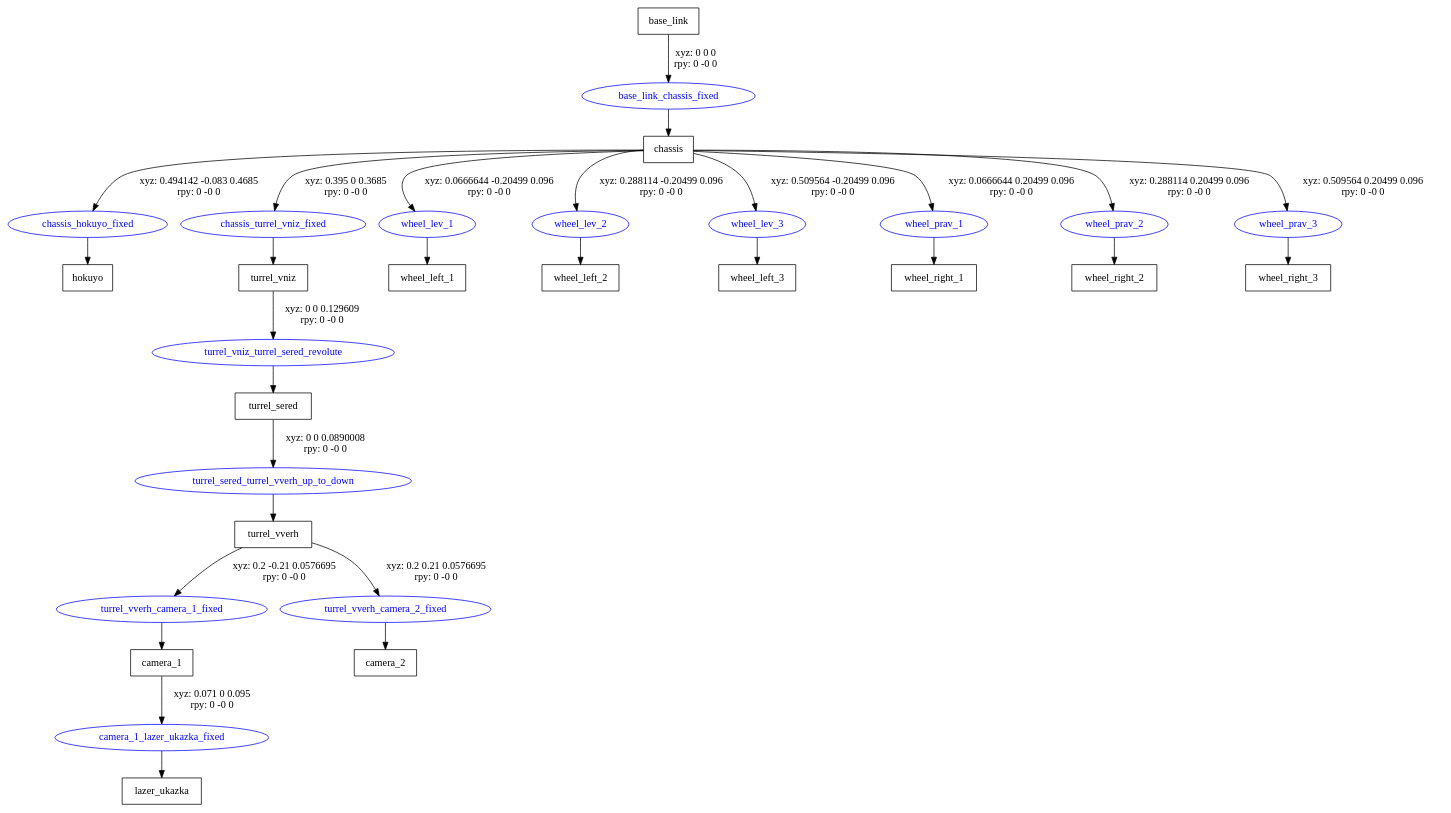
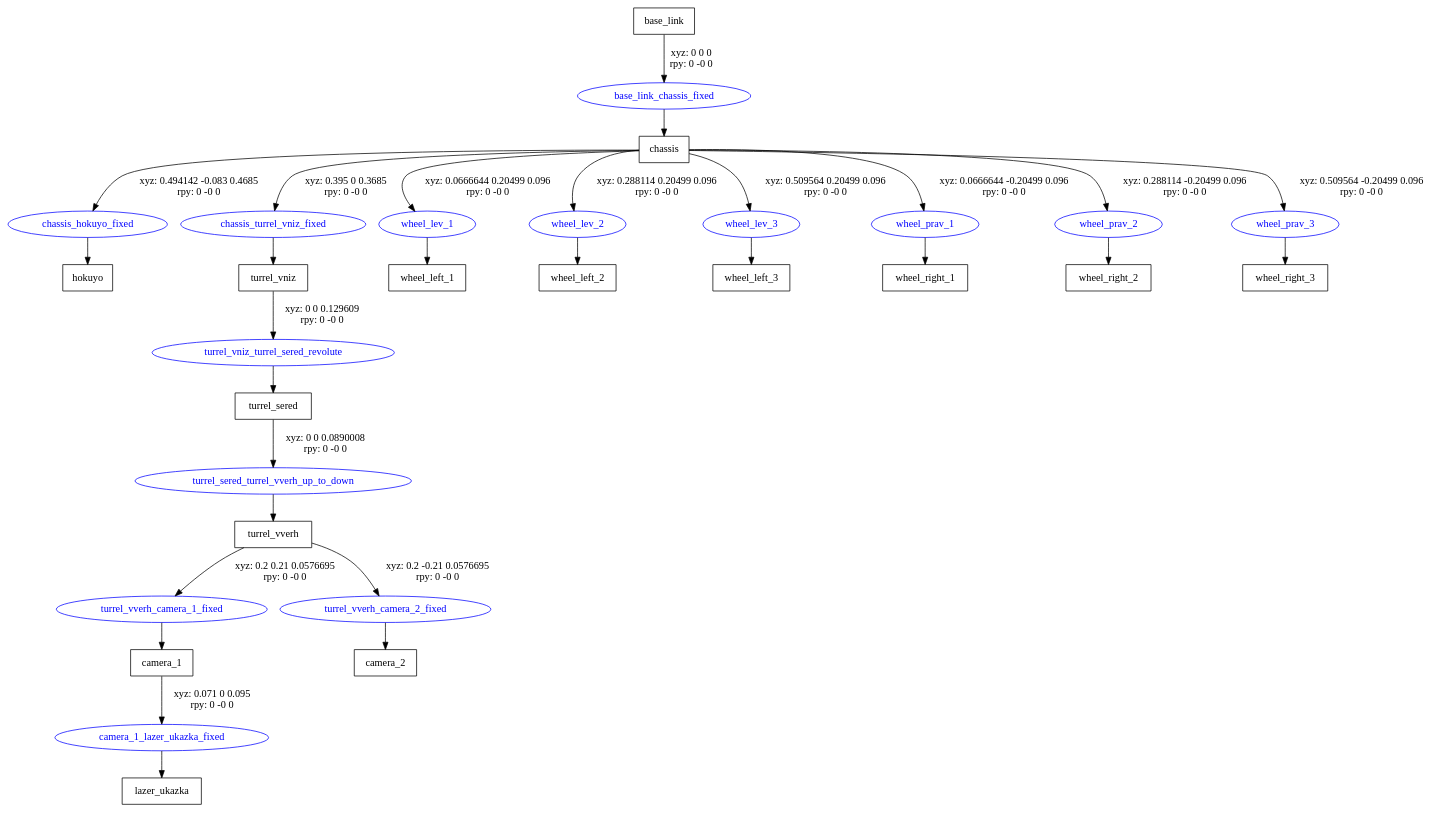
The diagram in plastun_description/urdf/MRC_Plastun.gv (Lupasic/Plastun-Gazebo-ROS-URL), drawn with Graphviz before and after one commit. The commit also changed 85 other files, not shown here.

```diff
--- a/plastun_description/urdf/MRC_Plastun.gv
+++ b/plastun_description/urdf/MRC_Plastun.gv
@@ -1,47 +1,47 @@
 digraph G {
 node [shape=box];
 "base_link" [label="base_link"];
 "chassis" [label="chassis"];
 "hokuyo" [label="hokuyo"];
 "turrel_vniz" [label="turrel_vniz"];
 "turrel_sered" [label="turrel_sered"];
 "turrel_vverh" [label="turrel_vverh"];
 "camera_1" [label="camera_1"];
 "lazer_ukazka" [label="lazer_ukazka"];
 "camera_2" [label="camera_2"];
 "wheel_left_1" [label="wheel_left_1"];
 "wheel_left_2" [label="wheel_left_2"];
 "wheel_left_3" [label="wheel_left_3"];
 "wheel_right_1" [label="wheel_right_1"];
 "wheel_right_2" [label="wheel_right_2"];
 "wheel_right_3" [label="wheel_right_3"];
 node [shape=ellipse, color=blue, fontcolor=blue];
 "base_link" -> "base_link_chassis_fixed" [label="xyz: 0 0 0 \nrpy: 0 -0 0"]
 "base_link_chassis_fixed" -> "chassis"
 "chassis" -> "chassis_hokuyo_fixed" [label="xyz: 0.494142 -0.083 0.4685 \nrpy: 0 -0 0"]
 "chassis_hokuyo_fixed" -> "hokuyo"
 "chassis" -> "chassis_turrel_vniz_fixed" [label="xyz: 0.395 0 0.3685 \nrpy: 0 -0 0"]
 "chassis_turrel_vniz_fixed" -> "turrel_vniz"
 "turrel_vniz" -> "turrel_vniz_turrel_sered_revolute" [label="xyz: 0 0 0.129609 \nrpy: 0 -0 0"]
 "turrel_vniz_turrel_sered_revolute" -> "turrel_sered"
 "turrel_sered" -> "turrel_sered_turrel_vverh_up_to_down" [label="xyz: 0 0 0.0890008 \nrpy: 0 -0 0"]
 "turrel_sered_turrel_vverh_up_to_down" -> "turrel_vverh"
-"turrel_vverh" -> "turrel_vverh_camera_1_fixed" [label="xyz: 0.2 -0.21 0.0576695 \nrpy: 0 -0 0"]
+"turrel_vverh" -> "turrel_vverh_camera_1_fixed" [label="xyz: 0.2 0.21 0.0576695 \nrpy: 0 -0 0"]
 "turrel_vverh_camera_1_fixed" -> "camera_1"
 "camera_1" -> "camera_1_lazer_ukazka_fixed" [label="xyz: 0.071 0 0.095 \nrpy: 0 -0 0"]
 "camera_1_lazer_ukazka_fixed" -> "lazer_ukazka"
-"turrel_vverh" -> "turrel_vverh_camera_2_fixed" [label="xyz: 0.2 0.21 0.0576695 \nrpy: 0 -0 0"]
+"turrel_vverh" -> "turrel_vverh_camera_2_fixed" [label="xyz: 0.2 -0.21 0.0576695 \nrpy: 0 -0 0"]
 "turrel_vverh_camera_2_fixed" -> "camera_2"
-"chassis" -> "wheel_lev_1" [label="xyz: 0.0666644 -0.20499 0.096 \nrpy: 0 -0 0"]
+"chassis" -> "wheel_lev_1" [label="xyz: 0.0666644 0.20499 0.096 \nrpy: 0 -0 0"]
 "wheel_lev_1" -> "wheel_left_1"
-"chassis" -> "wheel_lev_2" [label="xyz: 0.288114 -0.20499 0.096 \nrpy: 0 -0 0"]
+"chassis" -> "wheel_lev_2" [label="xyz: 0.288114 0.20499 0.096 \nrpy: 0 -0 0"]
 "wheel_lev_2" -> "wheel_left_2"
-"chassis" -> "wheel_lev_3" [label="xyz: 0.509564 -0.20499 0.096 \nrpy: 0 -0 0"]
+"chassis" -> "wheel_lev_3" [label="xyz: 0.509564 0.20499 0.096 \nrpy: 0 -0 0"]
 "wheel_lev_3" -> "wheel_left_3"
-"chassis" -> "wheel_prav_1" [label="xyz: 0.0666644 0.20499 0.096 \nrpy: 0 -0 0"]
+"chassis" -> "wheel_prav_1" [label="xyz: 0.0666644 -0.20499 0.096 \nrpy: 0 -0 0"]
 "wheel_prav_1" -> "wheel_right_1"
-"chassis" -> "wheel_prav_2" [label="xyz: 0.288114 0.20499 0.096 \nrpy: 0 -0 0"]
+"chassis" -> "wheel_prav_2" [label="xyz: 0.288114 -0.20499 0.096 \nrpy: 0 -0 0"]
 "wheel_prav_2" -> "wheel_right_2"
-"chassis" -> "wheel_prav_3" [label="xyz: 0.509564 0.20499 0.096 \nrpy: 0 -0 0"]
+"chassis" -> "wheel_prav_3" [label="xyz: 0.509564 -0.20499 0.096 \nrpy: 0 -0 0"]
 "wheel_prav_3" -> "wheel_right_3"
 }
```
